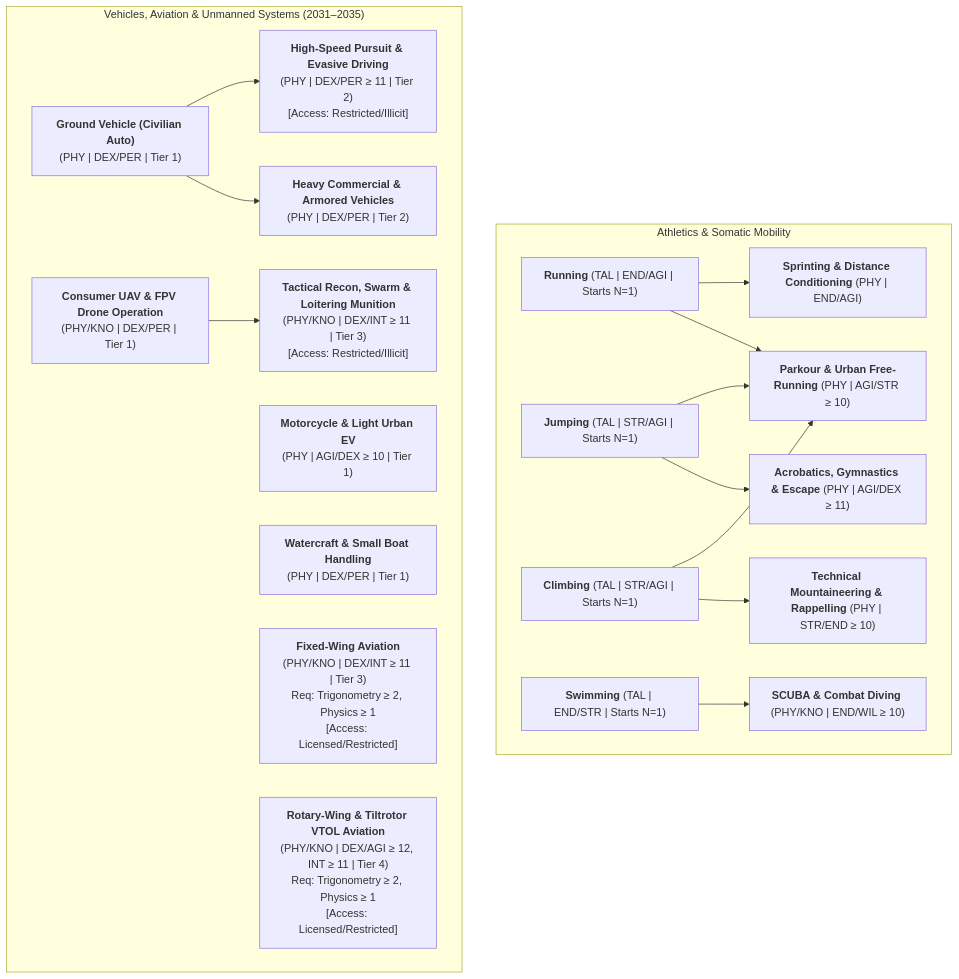
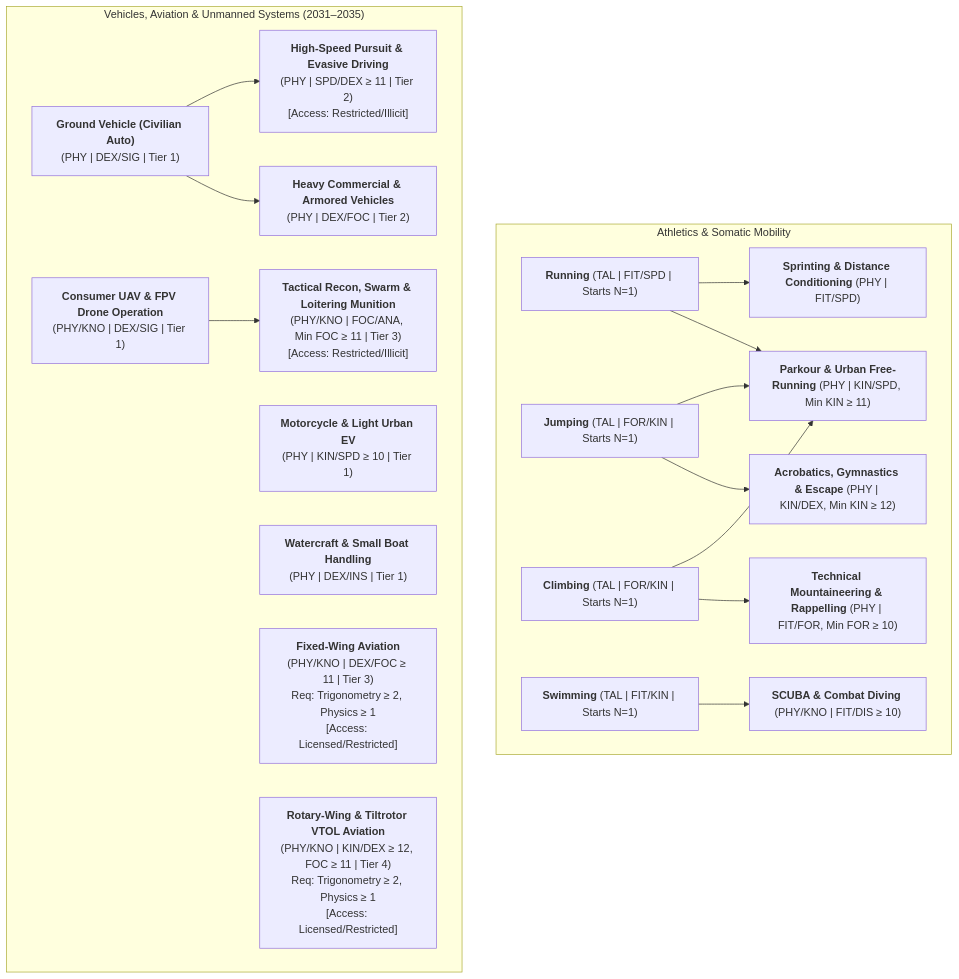
The sixth of 9 diagrams in docs/ttrpg/skill-design.md (rarebreed/satya), drawn with Mermaid before and after one commit. The commit also changed other lines of this file and 1 other file, not shown here.

````diff
--- a/docs/ttrpg/skill-design.md
+++ b/docs/ttrpg/skill-design.md
@@ -495,38 +529,38 @@
 ```mermaid
 flowchart TD
     subgraph AthleticsBranch["Athletics & Somatic Mobility"]
-        Run["<b>Running</b> (TAL | END/AGI | Starts N=1)"]
-        Jump["<b>Jumping</b> (TAL | STR/AGI | Starts N=1)"]
-        Climb["<b>Climbing</b> (TAL | STR/AGI | Starts N=1)"]
-        Swim["<b>Swimming</b> (TAL | END/STR | Starts N=1)"]
-        Sprint["<b>Sprinting & Distance Conditioning</b> (PHY | END/AGI)"]
-        Parkour["<b>Parkour & Urban Free-Running</b> (PHY | AGI/STR ≥ 10)"]
-        Mount["<b>Technical Mountaineering & Rappelling</b> (PHY | STR/END ≥ 10)"]
-        Scuba["<b>SCUBA & Combat Diving</b> (PHY/KNO | END/WIL ≥ 10)"]
-        Acro["<b>Acrobatics, Gymnastics & Escape</b> (PHY | AGI/DEX ≥ 11)"]
+        Run["<b>Running</b> (TAL | FIT/SPD | Starts N=1)"]
+        Jump["<b>Jumping</b> (TAL | FOR/KIN | Starts N=1)"]
+        Climb["<b>Climbing</b> (TAL | FOR/KIN | Starts N=1)"]
+        Swim["<b>Swimming</b> (TAL | FIT/KIN | Starts N=1)"]
+        Sprint["<b>Sprinting & Distance Conditioning</b> (PHY | FIT/SPD)"]
+        Parkour["<b>Parkour & Urban Free-Running</b> (PHY | KIN/SPD, Min KIN ≥ 11)"]
+        Mount["<b>Technical Mountaineering & Rappelling</b> (PHY | FIT/FOR, Min FOR ≥ 10)"]
+        Scuba["<b>SCUBA & Combat Diving</b> (PHY/KNO | FIT/DIS ≥ 10)"]
+        Acro["<b>Acrobatics, Gymnastics & Escape</b> (PHY | KIN/DEX, Min KIN ≥ 12)"]
     end
 
     subgraph VehiclesDrones["Vehicles, Aviation & Unmanned Systems (2031–2035)"]
-        Drive["<b>Ground Vehicle (Civilian Auto)</b><br/>(PHY | DEX/PER | Tier 1)"]
-        TacDrive["<b>High-Speed Pursuit & Evasive Driving</b><br/>(PHY | DEX/PER ≥ 11 | Tier 2)<br/>[Access: Restricted/Illicit]"]
-        HeavyDrive["<b>Heavy Commercial & Armored Vehicles</b><br/>(PHY | DEX/PER | Tier 2)"]
-        Moto["<b>Motorcycle & Light Urban EV</b><br/>(PHY | AGI/DEX ≥ 10 | Tier 1)"]
-        Boat["<b>Watercraft & Small Boat Handling</b><br/>(PHY | DEX/PER | Tier 1)"]
-        DroneBasic["<b>Consumer UAV & FPV Drone Operation</b><br/>(PHY/KNO | DEX/PER | Tier 1)"]
-        TacDrone["<b>Tactical Recon, Swarm & Loitering Munition</b><br/>(PHY/KNO | DEX/INT ≥ 11 | Tier 3)<br/>[Access: Restricted/Illicit]"]
-        FixedWing["<b>Fixed-Wing Aviation</b><br/>(PHY/KNO | DEX/INT ≥ 11 | Tier 3)<br/>Req: Trigonometry ≥ 2, Physics ≥ 1<br/>[Access: Licensed/Restricted]"]
-        RotorWing["<b>Rotary-Wing & Tiltrotor VTOL Aviation</b><br/>(PHY/KNO | DEX/AGI ≥ 12, INT ≥ 11 | Tier 4)<br/>Req: Trigonometry ≥ 2, Physics ≥ 1<br/>[Access: Licensed/Restricted]"]
+        Drive["<b>Ground Vehicle (Civilian Auto)</b><br/>(PHY | DEX/SIG | Tier 1)"]
+        TacDrive["<b>High-Speed Pursuit & Evasive Driving</b><br/>(PHY | SPD/DEX ≥ 11 | Tier 2)<br/>[Access: Restricted/Illicit]"]
+        HeavyDrive["<b>Heavy Commercial & Armored Vehicles</b><br/>(PHY | DEX/FOC | Tier 2)"]
+        Moto["<b>Motorcycle & Light Urban EV</b><br/>(PHY | KIN/SPD ≥ 10 | Tier 1)"]
+        Boat["<b>Watercraft & Small Boat Handling</b><br/>(PHY | DEX/INS | Tier 1)"]
+        DroneBasic["<b>Consumer UAV & FPV Drone Operation</b><br/>(PHY/KNO | DEX/SIG | Tier 1)"]
+        TacDrone["<b>Tactical Recon, Swarm & Loitering Munition</b><br/>(PHY/KNO | FOC/ANA, Min FOC ≥ 11 | Tier 3)<br/>[Access: Restricted/Illicit]"]
+        FixedWing["<b>Fixed-Wing Aviation</b><br/>(PHY/KNO | DEX/FOC ≥ 11 | Tier 3)<br/>Req: Trigonometry ≥ 2, Physics ≥ 1<br/>[Access: Licensed/Restricted]"]
+        RotorWing["<b>Rotary-Wing & Tiltrotor VTOL Aviation</b><br/>(PHY/KNO | KIN/DEX ≥ 12, FOC ≥ 11 | Tier 4)<br/>Req: Trigonometry ≥ 2, Physics ≥ 1<br/>[Access: Licensed/Restricted]"]
     end
 
     Run --> Sprint
     Run --> Parkour
     Jump --> Parkour
     Climb --> Parkour
     Climb --> Mount
     Jump --> Acro
     Swim --> Scuba
 
     Drive --> TacDrive
     Drive --> HeavyDrive
     DroneBasic --> TacDrone
 ```
````
